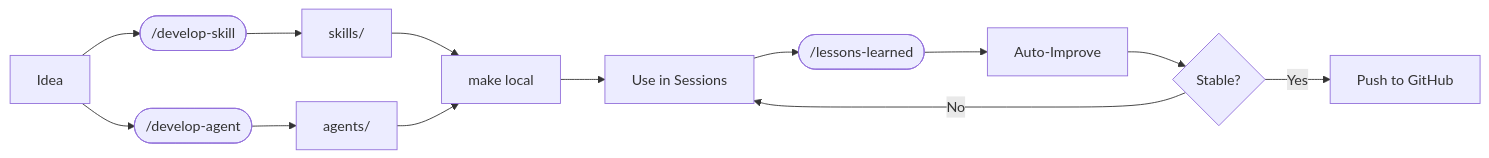
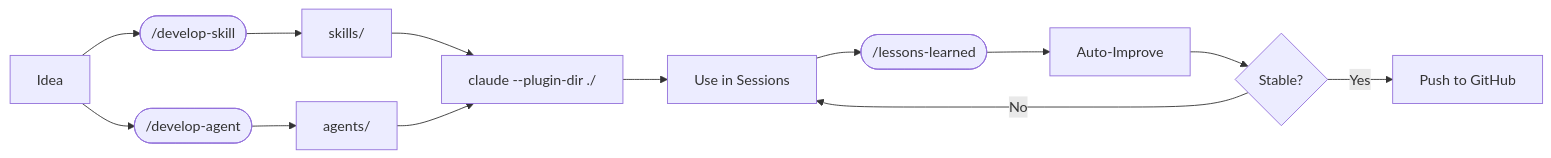
The first of 2 diagrams in README.md (christophevg/c3), drawn with Mermaid before and after one commit. The commit also changed other lines of this file, not shown here.

First line of the commit message:
docs: update installation and workflow diagram in README

````diff
--- a/README.md
+++ b/README.md
@@ -22,15 +22,15 @@
 ```mermaid
 flowchart LR
     A[Idea] --> B(["/develop-skill"])
     A --> C(["/develop-agent"])
     B --> D[skills/]
     C --> E[agents/]
-    D --> F["make local"]
+    D --> F["claude --plugin-dir ./"]
     E --> F
     F --> G[Use in Sessions]
     G --> H(["/lessons-learned"])
     H --> I[Auto-Improve]
     I --> J{Stable?}
     J -->|No| G
     J -->|Yes| K[Push to GitHub]
 ```
````
